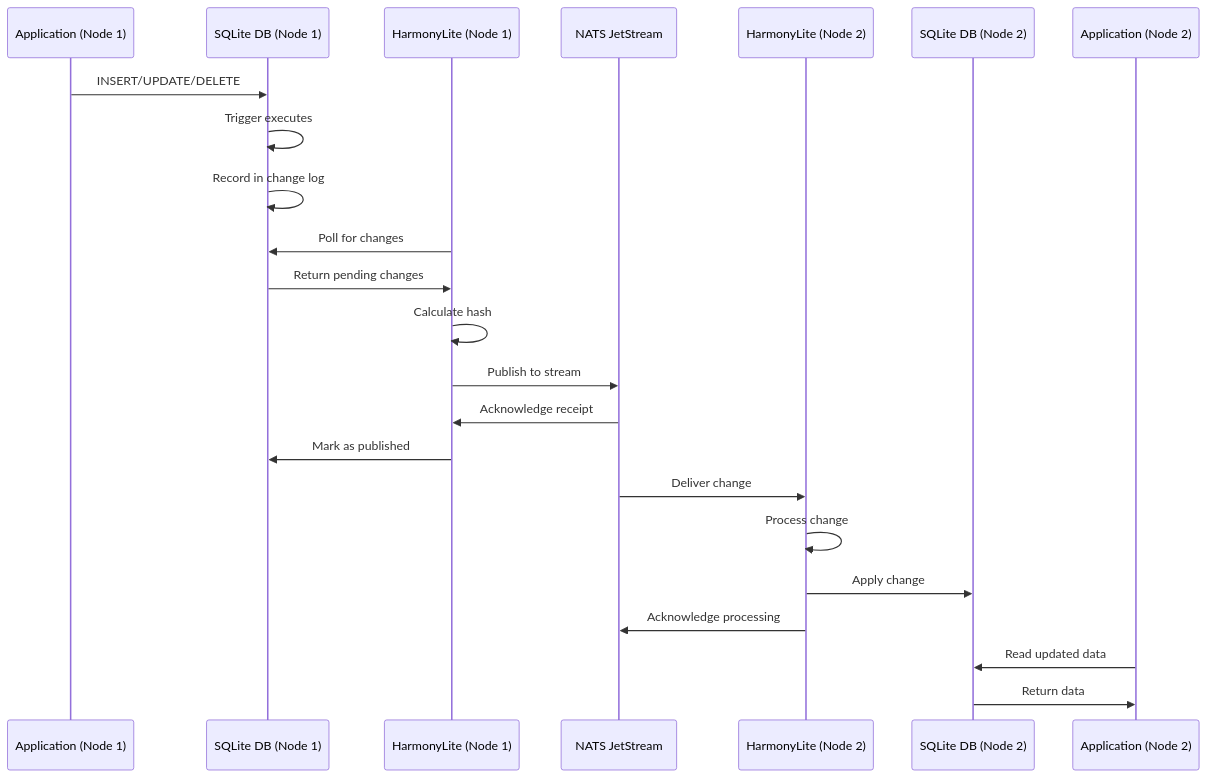
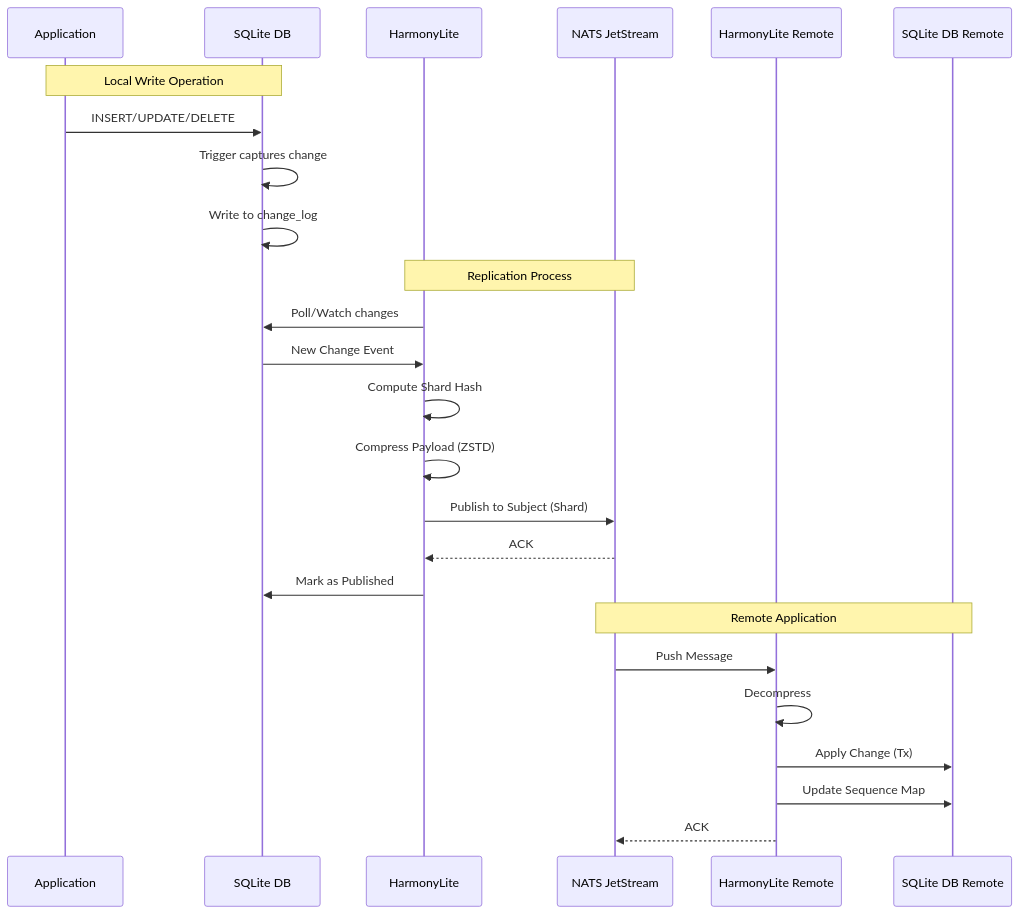
Before and after one commit to wongfei2009/harmonylite: the fifth of 7 diagrams in docs/docs/architecture.md, drawn with Mermaid. The commit also changed other lines of this file, not shown here.

Commit message:
docs: improve architecture diagrams

````diff
--- a/docs/docs/architecture.md
+++ b/docs/docs/architecture.md
@@ -168,29 +239,30 @@
 ```mermaid
 sequenceDiagram
-    participant App1 as Application (Node 1)
-    participant DB1 as SQLite DB (Node 1)
-    participant HL1 as HarmonyLite (Node 1)
+    participant App1 as Application
+    participant DB1 as SQLite DB
+    participant HL1 as HarmonyLite
     participant NATS as NATS JetStream
-    participant HL2 as HarmonyLite (Node 2)
-    participant DB2 as SQLite DB (Node 2)
-    participant App2 as Application (Node 2)
+    participant HL2 as HarmonyLite Remote
+    participant DB2 as SQLite DB Remote
     
+    Note over App1, DB1: Local Write Operation
     App1->>DB1: INSERT/UPDATE/DELETE
-    DB1->>DB1: Trigger executes
-    DB1->>DB1: Record in change log
+    DB1->>DB1: Trigger captures change
+    DB1->>DB1: Write to change_log
     
-    HL1->>DB1: Poll for changes
-    DB1->>HL1: Return pending changes
-    HL1->>HL1: Calculate hash
-    HL1->>NATS: Publish to stream
-    NATS->>HL1: Acknowledge receipt
-    HL1->>DB1: Mark as published
+    Note over HL1, NATS: Replication Process
+    HL1->>DB1: Poll/Watch changes
+    DB1->>HL1: New Change Event
+    HL1->>HL1: Compute Shard Hash
+    HL1->>HL1: Compress Payload (ZSTD)
+    HL1->>NATS: Publish to Subject (Shard)
+    NATS-->>HL1: ACK
+    HL1->>DB1: Mark as Published
     
-    NATS->>HL2: Deliver change
-    HL2->>HL2: Process change
-    HL2->>DB2: Apply change
-    HL2->>NATS: Acknowledge processing
-    
-    App2->>DB2: Read updated data
-    DB2->>App2: Return data
+    Note over NATS, DB2: Remote Application
+    NATS->>HL2: Push Message
+    HL2->>HL2: Decompress
+    HL2->>DB2: Apply Change (Tx)
+    HL2->>DB2: Update Sequence Map
+    HL2-->>NATS: ACK
 ```
````
